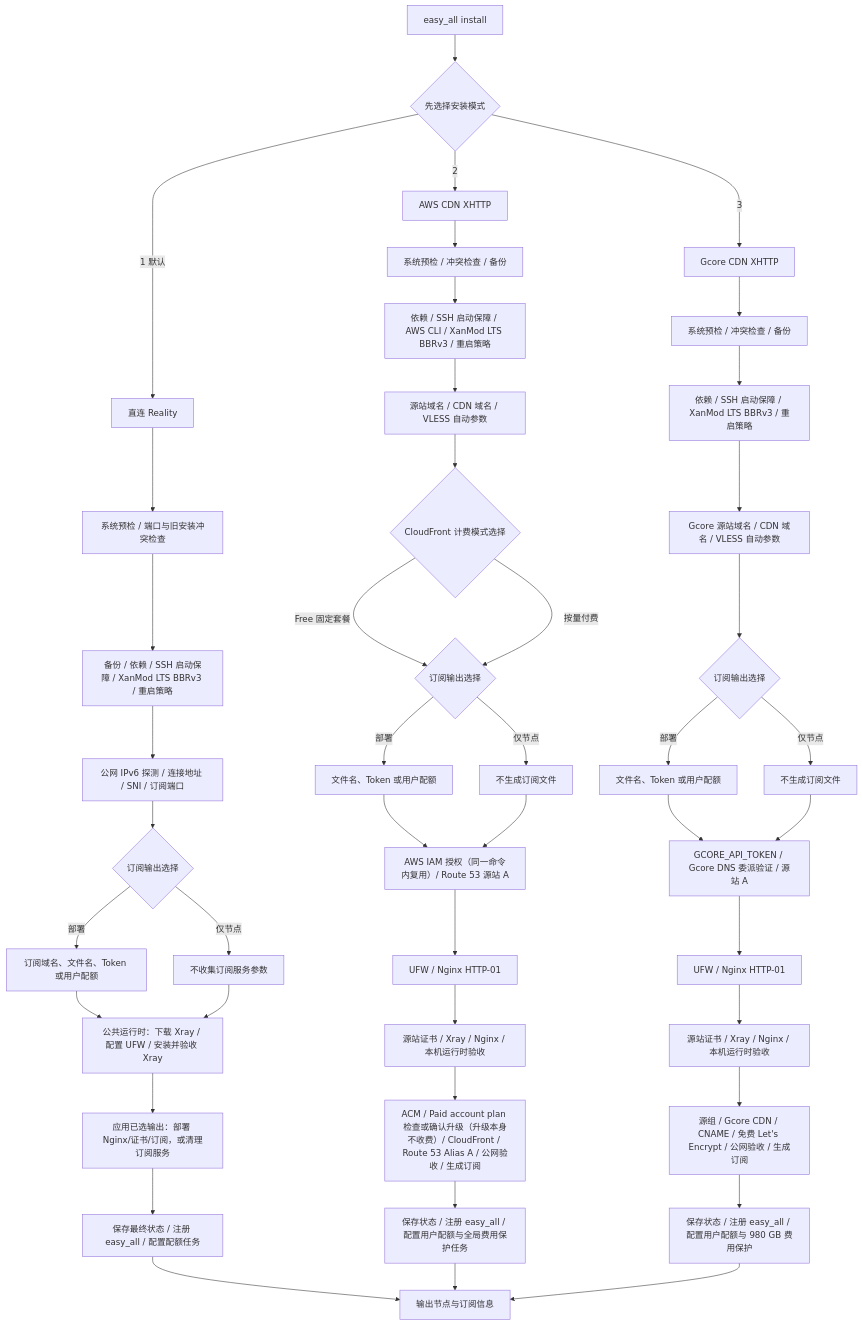
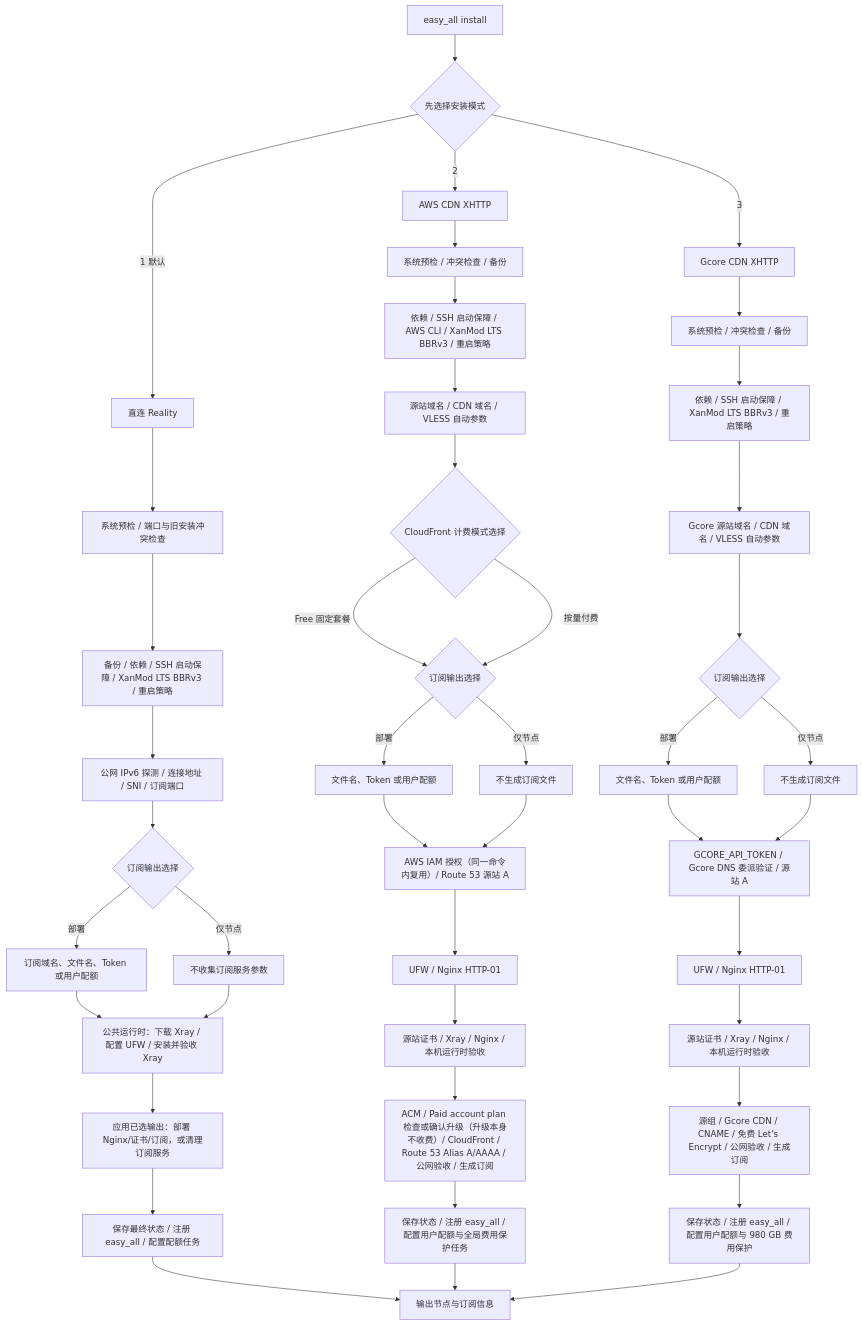
One commit to v2yiz/easy_all changed the diagram in README.md. Above: the diagram before and after it, drawn with Mermaid. The commit also changed other lines of this file and 15 other files, not shown here.

````diff
--- a/README.md
+++ b/README.md
@@ -77,49 +77,49 @@
 ```mermaid
 flowchart TD
     A[easy_all install] --> B{先选择安装模式}
 
     B -->|1 默认| R0[直连 Reality]
     R0 --> R1[系统预检 / 端口与旧安装冲突检查]
     R1 --> R2[备份 / 依赖 / SSH 启动保障 / XanMod LTS BBRv3 / 重启策略]
     R2 --> R3[公网 IPv6 探测 / 连接地址 / SNI / 订阅端口]
     R3 --> R4{订阅输出选择}
     R4 -->|部署| R5[订阅域名、文件名、Token 或用户配额]
     R4 -->|仅节点| R6[不收集订阅服务参数]
     R5 --> R7[公共运行时：下载 Xray / 配置 UFW / 安装并验收 Xray]
     R6 --> R7
     R7 --> R8[应用已选输出：部署 Nginx/证书/订阅，或清理订阅服务]
     R8 --> R9[保存最终状态 / 注册 easy_all / 配置配额任务]
     R9 --> Z[输出节点与订阅信息]
 
     B -->|2| X0[AWS CDN XHTTP]
     X0 --> X1[系统预检 / 冲突检查 / 备份]
     X1 --> X2[依赖 / SSH 启动保障 / AWS CLI / XanMod LTS BBRv3 / 重启策略]
     X2 --> X3[源站域名 / CDN 域名 / VLESS 自动参数]
     X3 --> X3A{CloudFront 计费模式选择}
     X3A -->|Free 固定套餐| X4{订阅输出选择}
     X3A -->|按量付费| X4
     X4 -->|部署| X5[文件名、Token 或用户配额]
     X4 -->|仅节点| X6[不生成订阅文件]
     X5 --> X7[AWS IAM 授权（同一命令内复用）/ Route 53 源站 A]
     X6 --> X7
     X7 --> X8[UFW / Nginx HTTP-01]
     X8 --> X9[源站证书 / Xray / Nginx / 本机运行时验收]
-    X9 --> X10[ACM / Paid account plan 检查或确认升级（升级本身不收费）/ CloudFront / Route 53 Alias A / 公网验收 / 生成订阅]
+    X9 --> X10[ACM / Paid account plan 检查或确认升级（升级本身不收费）/ CloudFront / Route 53 Alias A/AAAA / 公网验收 / 生成订阅]
     X10 --> X11[保存状态 / 注册 easy_all / 配置用户配额与全局费用保护任务]
     X11 --> Z
 
     B -->|3| G0[Gcore CDN XHTTP]
     G0 --> G1[系统预检 / 冲突检查 / 备份]
     G1 --> G2[依赖 / SSH 启动保障 / XanMod LTS BBRv3 / 重启策略]
     G2 --> G3[Gcore 源站域名 / CDN 域名 / VLESS 自动参数]
     G3 --> G4{订阅输出选择}
     G4 -->|部署| G5[文件名、Token 或用户配额]
     G4 -->|仅节点| G6[不生成订阅文件]
     G5 --> G7[GCORE_API_TOKEN / Gcore DNS 委派验证 / 源站 A]
     G6 --> G7
     G7 --> G8[UFW / Nginx HTTP-01]
     G8 --> G9[源站证书 / Xray / Nginx / 本机运行时验收]
     G9 --> G10[源组 / Gcore CDN / CNAME / 免费 Let's Encrypt / 公网验收 / 生成订阅]
     G10 --> G11[保存状态 / 注册 easy_all / 配置用户配额与 980 GB 费用保护]
     G11 --> Z
 ```
````
